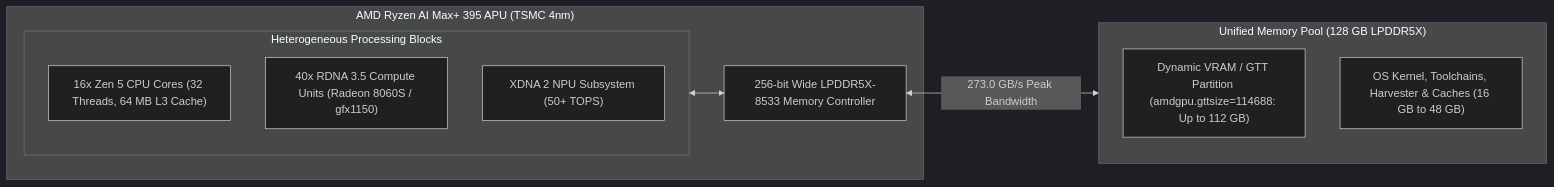
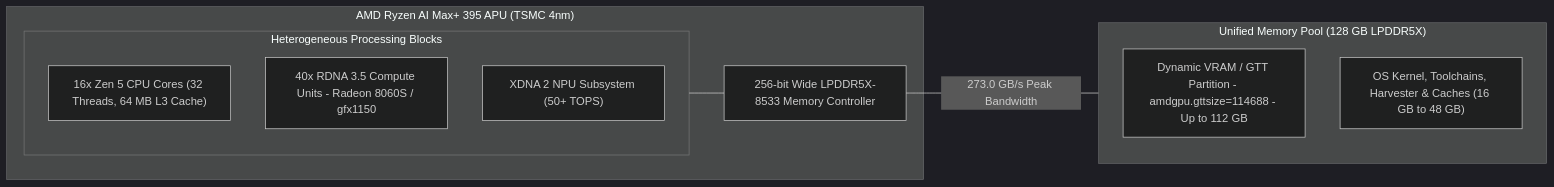
Before and after one commit to gintatkinson/DEAP-spec-core: the second of 5 diagrams in docs/architecture/blueprints/DEAP_LOCAL_AIRGAPPED_DEEPSEEK_WORKSTATION_BLUEPRINT.md, drawn with Mermaid (dark theme). The commit also changed other lines of this file and 28 other files, not shown here.

Commit message:
feat(compiler): dynamic schema provenance, safety set-equality, profile-driven tech filtering, non-destructive reverse-sync, and Check 19 AST cleanliness (#52, #54, #56, #57, #58, #59, #60, #62, #63, #64)

````diff
--- a/docs/architecture/blueprints/DEAP_LOCAL_AIRGAPPED_DEEPSEEK_WORKSTATION_BLUEPRINT.md
+++ b/docs/architecture/blueprints/DEAP_LOCAL_AIRGAPPED_DEEPSEEK_WORKSTATION_BLUEPRINT.md
@@ -60,20 +60,20 @@
 ```mermaid
 flowchart LR
     subgraph StrixHaloSoC["AMD Ryzen AI Max+ 395 APU (TSMC 4nm)"]
         subgraph ComputeUnits["Heterogeneous Processing Blocks"]
             Zen5["16x Zen 5 CPU Cores (32 Threads, 64 MB L3 Cache)"]
-            RDNA35["40x RDNA 3.5 Compute Units (Radeon 8060S / gfx1150)"]
+            RDNA35["40x RDNA 3.5 Compute Units - Radeon 8060S / gfx1150"]
             XDNA2["XDNA 2 NPU Subsystem (50+ TOPS)"]
         end
 
         MemCtrl["256-bit Wide LPDDR5X-8533 Memory Controller"]
-        ComputeUnits <--> MemCtrl
+        ComputeUnits --- MemCtrl
     end
 
     subgraph PhysicalMemory["Unified Memory Pool (128 GB LPDDR5X)"]
-        GTT_VRAM["Dynamic VRAM / GTT Partition (amdgpu.gttsize=114688: Up to 112 GB)"]
+        GTT_VRAM["Dynamic VRAM / GTT Partition - amdgpu.gttsize=114688 - Up to 112 GB"]
         SysRAM["OS Kernel, Toolchains, Harvester & Caches (16 GB to 48 GB)"]
     end
 
-    MemCtrl <-->|"273.0 GB/s Peak Bandwidth"| PhysicalMemory
+    MemCtrl ---|"273.0 GB/s Peak Bandwidth"| PhysicalMemory
 ```
````
